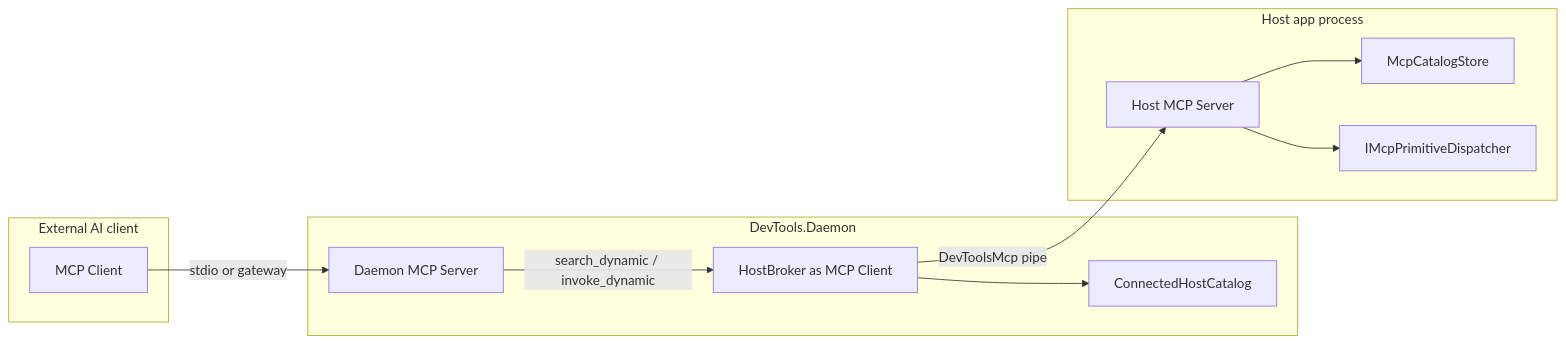
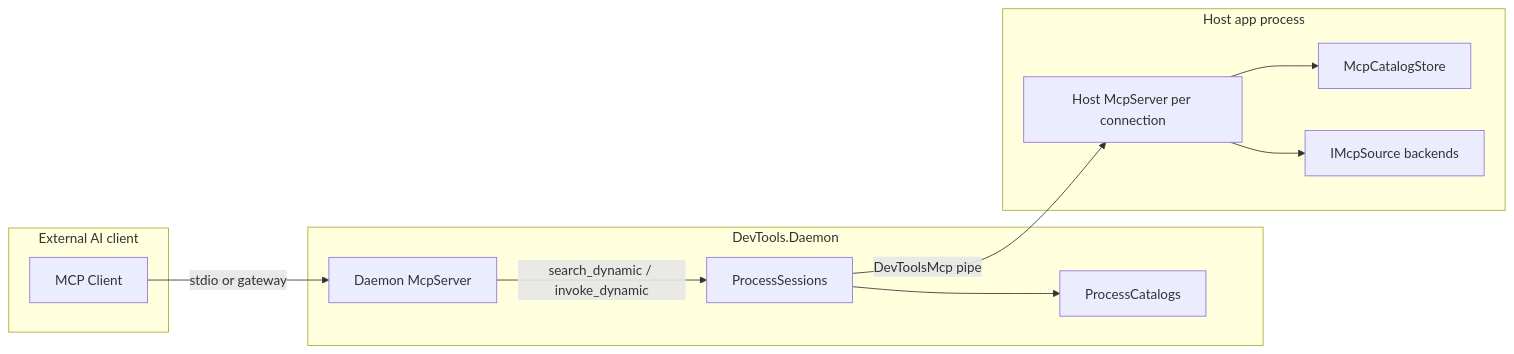
The diagram in docs/architecture/MCP/README.md (trgiangv/RevitDevTool), drawn with Mermaid before and after one commit. The commit also changed other lines of this file and 23 other files, not shown here.

First line of the commit message:
docs(mcp): record flow simplification, ADR 0039, and coverage snapshot

````diff
--- a/docs/architecture/MCP/README.md
+++ b/docs/architecture/MCP/README.md
@@ -25,25 +26,25 @@
 ```mermaid
 flowchart LR
   subgraph external [External AI client]
     Client[MCP Client]
   end
 
   subgraph daemonProc [DevTools.Daemon]
-    DaemonSrv[Daemon MCP Server]
-    Broker[HostBroker as MCP Client]
-    Catalog[ConnectedHostCatalog]
+    DaemonSrv[Daemon McpServer]
+    Sessions[ProcessSessions]
+    Catalog[ProcessCatalogs]
   end
 
   subgraph hostProc [Host app process]
-    HostSrv[Host MCP Server]
+    HostSrv[Host McpServer per connection]
     Store[McpCatalogStore]
-    Dispatch[IMcpPrimitiveDispatcher]
+    Sources[IMcpSource backends]
   end
 
   Client -->|"stdio or gateway"| DaemonSrv
-  DaemonSrv -->|"search_dynamic / invoke_dynamic"| Broker
-  Broker --> Catalog
-  Broker -->|"DevToolsMcp pipe"| HostSrv
+  DaemonSrv -->|"search_dynamic / invoke_dynamic"| Sessions
+  Sessions --> Catalog
+  Sessions -->|"DevToolsMcp pipe"| HostSrv
   HostSrv --> Store
-  HostSrv --> Dispatch
+  HostSrv --> Sources
 ```
````
